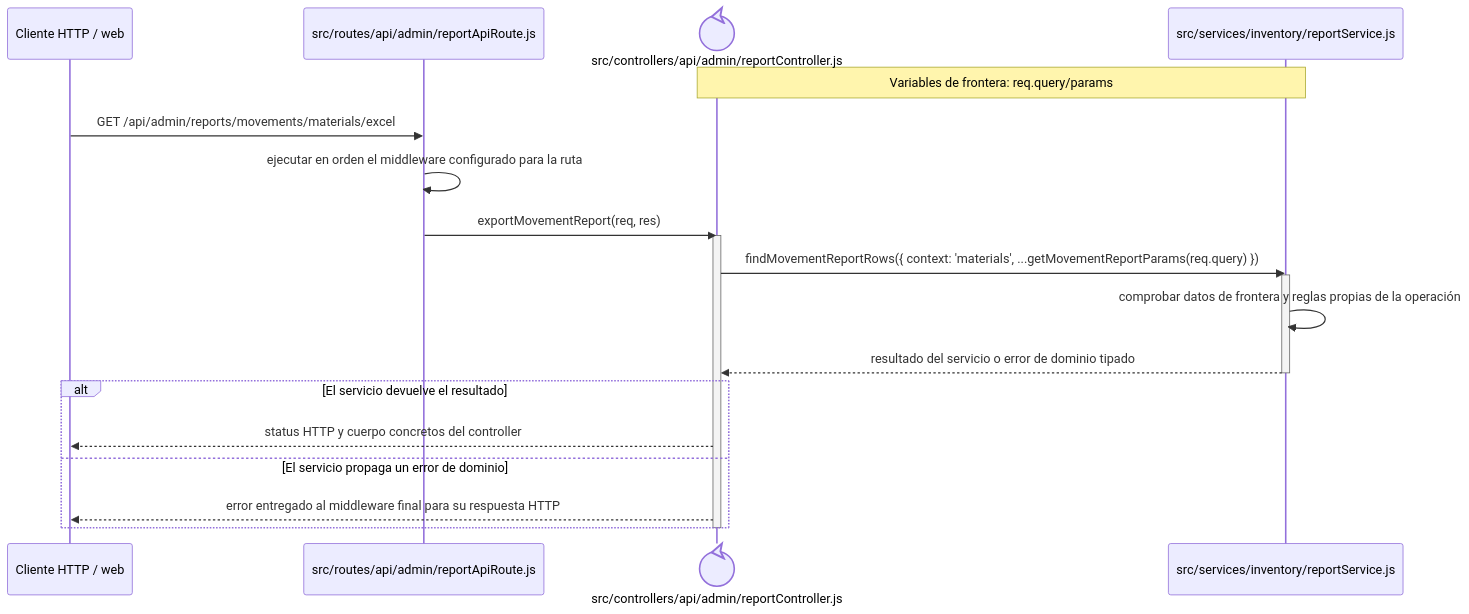
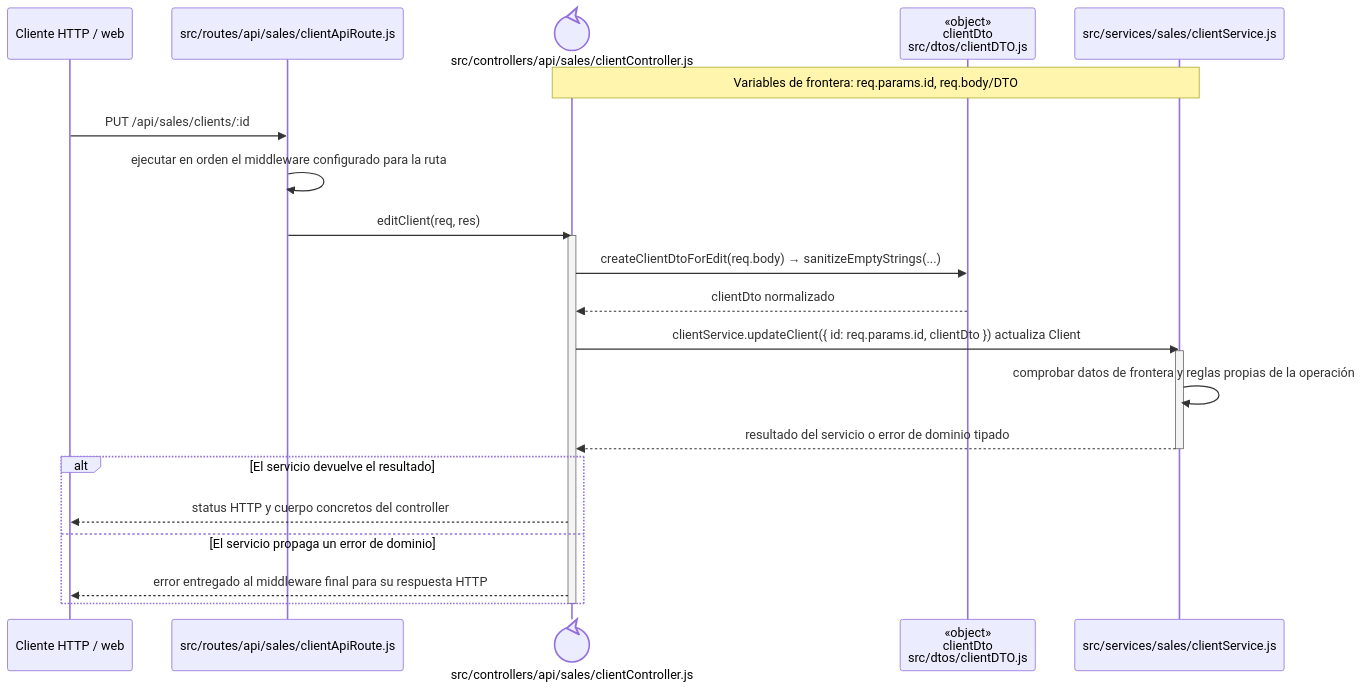
The diagram in docs/architecture/backend-code-sequences/catalogs/cu-cat-08.md (gpgsistemas01/nexus), drawn with Mermaid before and after one commit. The commit also changed other lines of this file and 287 other files, not shown here.

````diff
--- a/docs/architecture/backend-code-sequences/catalogs/cu-cat-08.md
+++ b/docs/architecture/backend-code-sequences/catalogs/cu-cat-08.md
@@ -6,24 +6,27 @@
 ```mermaid
 sequenceDiagram
     participant Client as Cliente HTTP / web
-    participant Route as src/routes/api/admin/reportApiRoute.js
-    participant Controller@{ "type": "control" } as src/controllers/api/admin/reportController.js
-    participant Domain as src/services/inventory/reportService.js
-    Note over Controller,Domain: Variables de frontera: req.query/params
+    participant Route as src/routes/api/sales/clientApiRoute.js
+    participant Controller@{ "type": "control" } as src/controllers/api/sales/clientController.js
+    participant ClientDto as «object»<br/>clientDto<br/>src/dtos/clientDTO.js
+    participant Domain as src/services/sales/clientService.js
+    Note over Controller,Domain: Variables de frontera: req.params.id, req.body/DTO
 
-    Client->>Route: GET /api/admin/reports/movements/materials/excel
+    Client->>Route: PUT /api/sales/clients/:id
     Route->>Route: ejecutar en orden el middleware configurado para la ruta
-    Route->>Controller: exportMovementReport(req, res)
+    Route->>Controller: editClient(req, res)
     activate Controller
-    Controller->>Domain: findMovementReportRows({ context: 'materials', ...getMovementReportParams(req.query) })
+    Controller->>ClientDto: createClientDtoForEdit(req.body) → sanitizeEmptyStrings(...)
+    ClientDto-->>Controller: clientDto normalizado
+    Controller->>Domain: clientService.updateClient({ id: req.params.id, clientDto }) actualiza Client
     activate Domain
     Domain->>Domain: comprobar datos de frontera y reglas propias de la operación
     Domain-->>Controller: resultado del servicio o error de dominio tipado
     deactivate Domain
     alt El servicio devuelve el resultado
         Controller-->>Client: status HTTP y cuerpo concretos del controller
     else El servicio propaga un error de dominio
         Controller-->>Client: error entregado al middleware final para su respuesta HTTP
     end
     deactivate Controller
 ```
````
